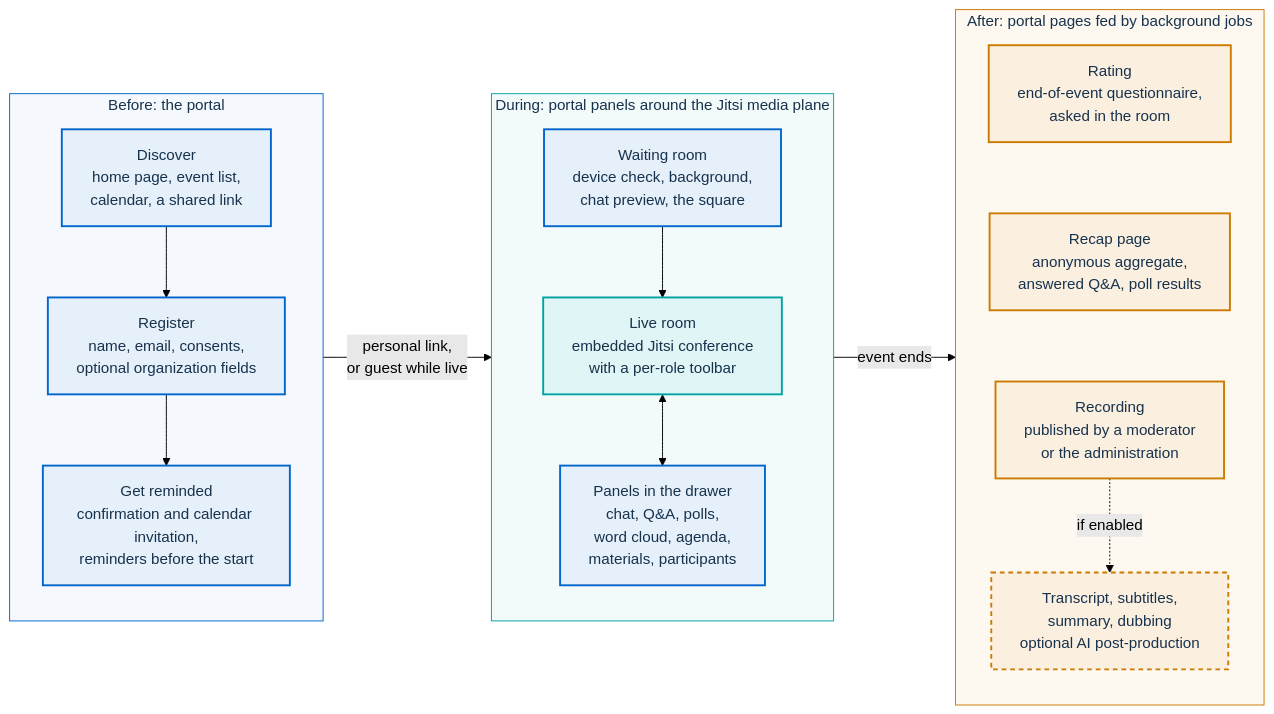
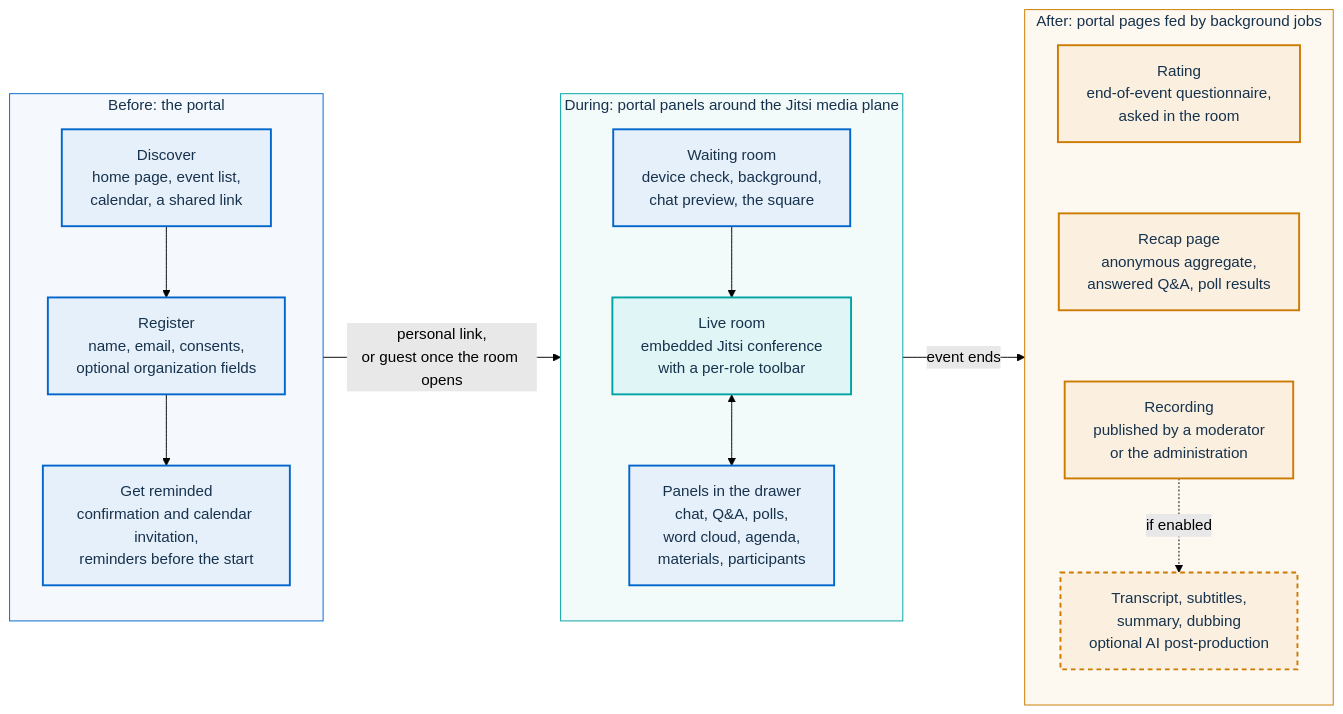
The first of 2 diagrams in docs/FEATURES.md (italia/pa-webinar), drawn with Mermaid (forest theme) before and after one commit. The commit also changed other lines of this file and 51 other files, not shown here.

````diff
--- a/docs/FEATURES.md
+++ b/docs/FEATURES.md
@@ -26,45 +26,45 @@
 ```mermaid
 flowchart LR
   subgraph BEFORE["Before: the portal"]
     direction TB
     B1["Discover<br/>home page, event list,<br/>calendar, a shared link"]
     B2["Register<br/>name, email, consents,<br/>optional organization fields"]
     B3["Get reminded<br/>confirmation and calendar invitation,<br/>reminders before the start"]
     B1 --> B2 --> B3
   end
 
   subgraph DURING["During: portal panels around the Jitsi media plane"]
     direction TB
     D1["Waiting room<br/>device check, background,<br/>chat preview, the square"]
     D2["Live room<br/>embedded Jitsi conference<br/>with a per-role toolbar"]
     D3["Panels in the drawer<br/>chat, Q&A, polls,<br/>word cloud, agenda,<br/>materials, participants"]
     D1 --> D2 <--> D3
   end
 
   subgraph AFTER["After: portal pages fed by background jobs"]
     direction TB
     A1["Rating<br/>end-of-event questionnaire,<br/>asked in the room"]
     A2["Recap page<br/>anonymous aggregate,<br/>answered Q&A, poll results"]
     A3["Recording<br/>published by a moderator<br/>or the administration"]
     A4["Transcript, subtitles,<br/>summary, dubbing<br/>optional AI post-production"]
     A1 ~~~ A2 ~~~ A3
     A3 -. "if enabled" .-> A4
   end
 
-  BEFORE -- "personal link,<br/>or guest while live" --> DURING
+  BEFORE -- "personal link,<br/>or guest once the room opens" --> DURING
   DURING -- "event ends" --> AFTER
 
   classDef portal fill:#E6F0FA,stroke:#0066CC,stroke-width:2px,color:#17324D
   classDef media fill:#E0F5F5,stroke:#00A3A3,stroke-width:2px,color:#17324D
   classDef job fill:#FBF0E0,stroke:#CC7A00,stroke-width:2px,color:#17324D
   classDef optional fill:#FBF0E0,stroke:#CC7A00,stroke-width:2px,stroke-dasharray:5 4,color:#17324D
 
   class B1,B2,B3,D1,D3 portal
   class D2 media
   class A1,A2,A3 job
   class A4 optional
 
   style BEFORE fill:#F5F9FD,stroke:#0066CC,stroke-width:1px,color:#17324D
   style DURING fill:#F2FAFA,stroke:#00A3A3,stroke-width:1px,color:#17324D
   style AFTER fill:#FDF8F0,stroke:#CC7A00,stroke-width:1px,color:#17324D
 ```
````
